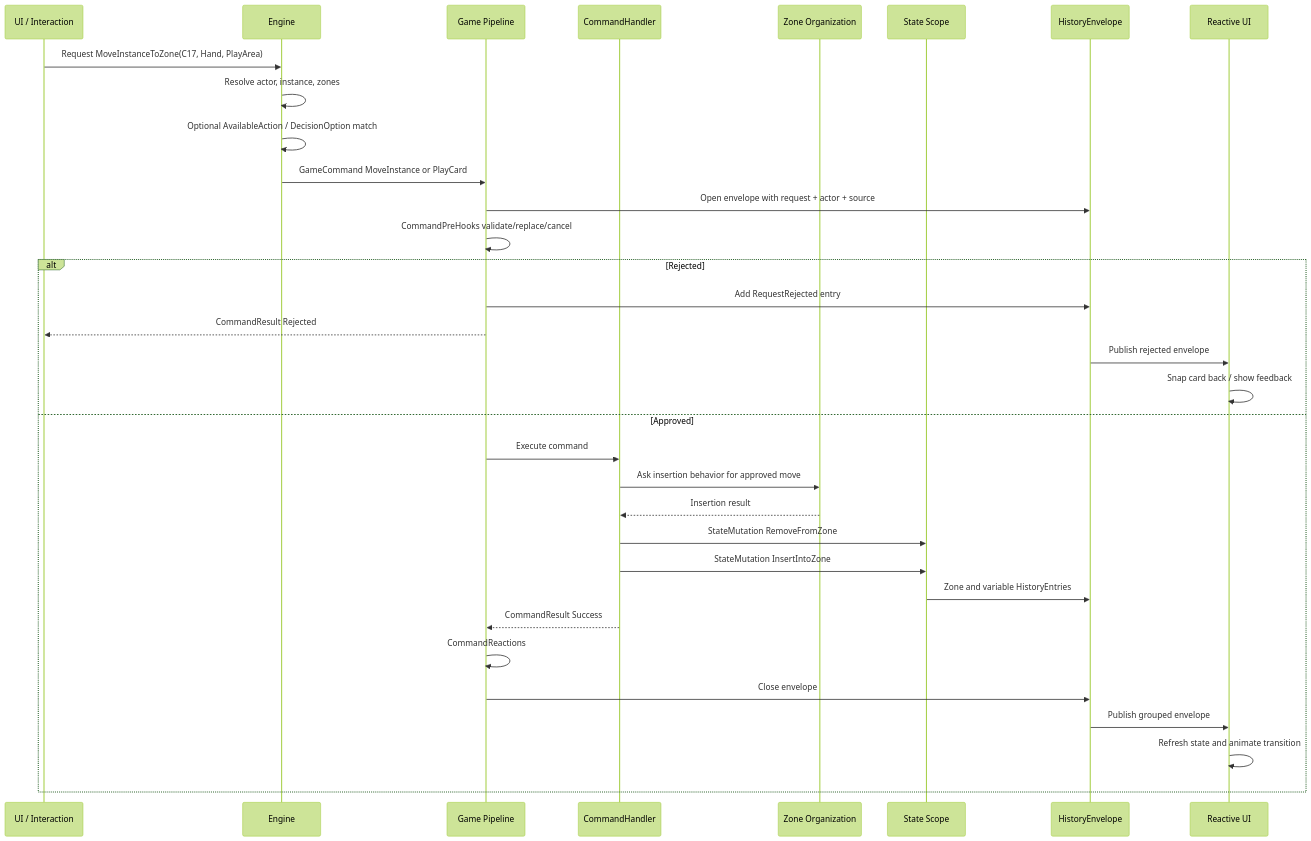
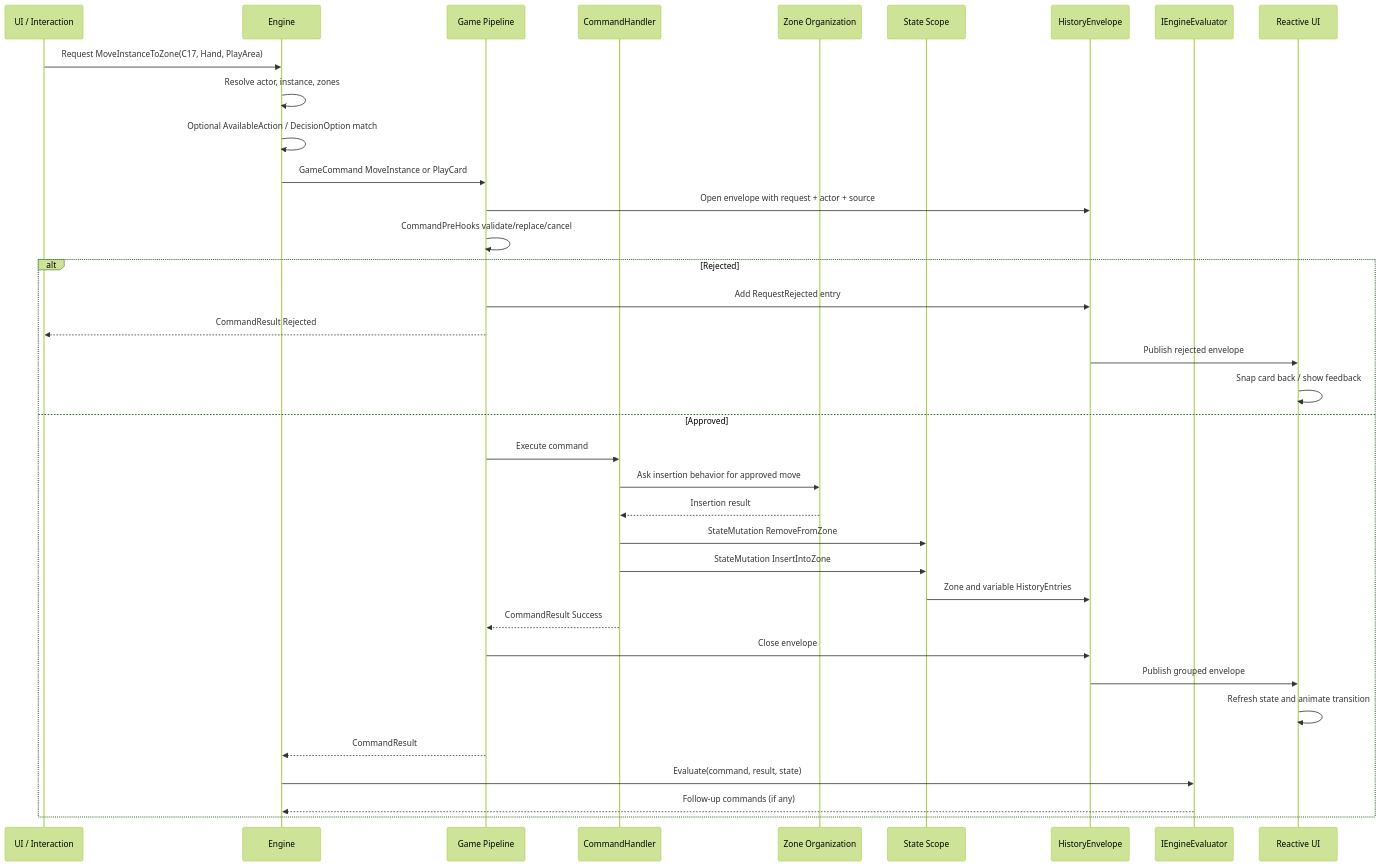
Before and after one commit to MgCohen/Card-Framework: the third of 3 diagrams in RESEARCH/17-action-definition-proposal.md, drawn with Mermaid (forest theme). The commit also changed other lines of this file and 6 other files, not shown here.

````diff
--- a/RESEARCH/17-action-definition-proposal.md
+++ b/RESEARCH/17-action-definition-proposal.md
@@ -514,36 +518,39 @@
 ```mermaid
 sequenceDiagram
   participant UI as UI / Interaction
   participant Engine as Engine
   participant Pipe as Game Pipeline
   participant Handler as CommandHandler
   participant Zone as Zone Organization
   participant State as State Scope
   participant Hist as HistoryEnvelope
+  participant Eval as IEngineEvaluator
   participant View as Reactive UI
 
   UI->>Engine: Request MoveInstanceToZone(C17, Hand, PlayArea)
   Engine->>Engine: Resolve actor, instance, zones
   Engine->>Engine: Optional AvailableAction / DecisionOption match
   Engine->>Pipe: GameCommand MoveInstance or PlayCard
   Pipe->>Hist: Open envelope with request + actor + source
   Pipe->>Pipe: CommandPreHooks validate/replace/cancel
   alt Rejected
     Pipe->>Hist: Add RequestRejected entry
     Pipe-->>UI: CommandResult Rejected
     Hist->>View: Publish rejected envelope
     View->>View: Snap card back / show feedback
   else Approved
     Pipe->>Handler: Execute command
     Handler->>Zone: Ask insertion behavior for approved move
     Zone-->>Handler: Insertion result
     Handler->>State: StateMutation RemoveFromZone
     Handler->>State: StateMutation InsertIntoZone
     State->>Hist: Zone and variable HistoryEntries
     Handler-->>Pipe: CommandResult Success
-    Pipe->>Pipe: CommandReactions
     Pipe->>Hist: Close envelope
     Hist->>View: Publish grouped envelope
     View->>View: Refresh state and animate transition
+    Pipe-->>Engine: CommandResult
+    Engine->>Eval: Evaluate(command, result, state)
+    Eval-->>Engine: Follow-up commands (if any)
   end
 ```
````
